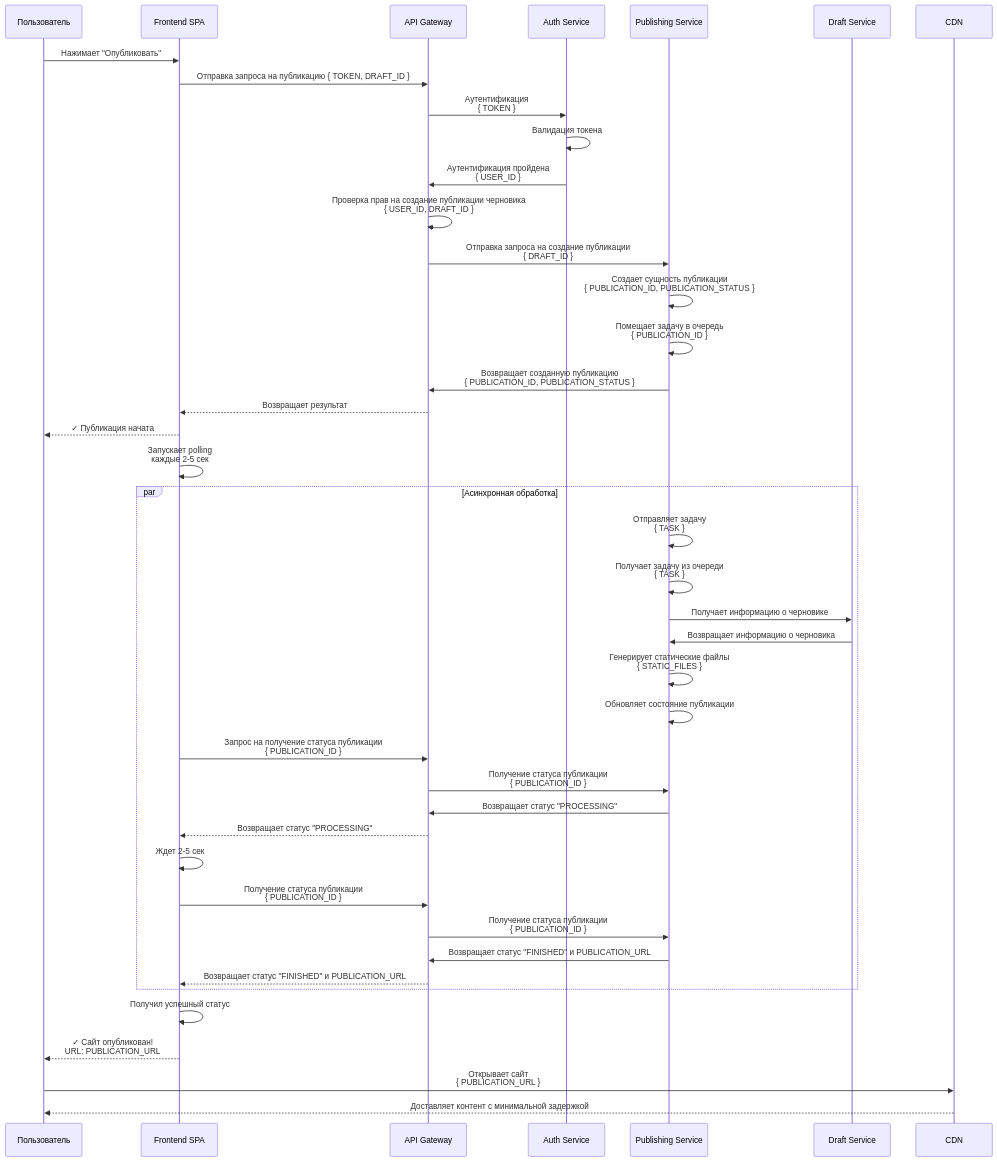
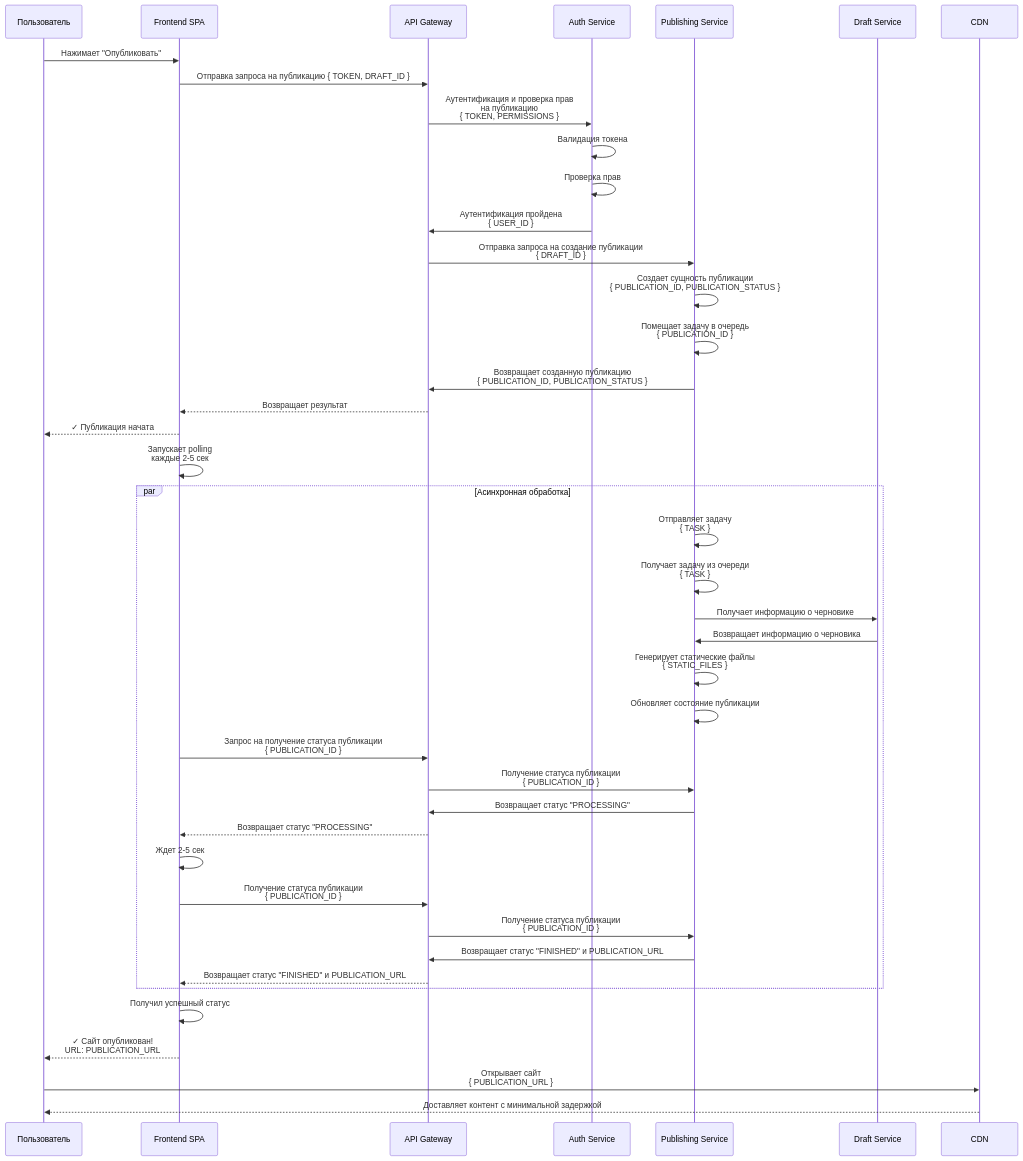
The third of 4 diagrams in ADRs/Уточнения и детализация архитектуры.md (rki-mai/docs), drawn with Mermaid before and after one commit. The commit also changed other lines of this file, not shown here.

Commit message:
fix: move permissions check in auth service

````diff
--- a/ADRs/Уточнения и детализация архитектуры.md
+++ b/ADRs/Уточнения и детализация архитектуры.md
@@ -209,53 +208,53 @@
 ```mermaid
 sequenceDiagram
     participant User as Пользователь
     participant Frontend as Frontend SPA
     participant Gateway as API Gateway
     participant AuthService as Auth Service
     participant PublishService as Publishing Service
     participant DraftService as Draft Service
     participant CDN as CDN
 
     User->>Frontend: Нажимает "Опубликовать"
     Frontend->>Gateway: Отправка запроса на публикацию { TOKEN, DRAFT_ID }
     
-    Gateway->>AuthService: Аутентификация<br/>{ TOKEN }
+    Gateway->>AuthService: Аутентификация и проверка прав<br/>на публикацию<br/>{ TOKEN, PERMISSIONS }
     AuthService->>AuthService: Валидация токена
+    AuthService->>AuthService: Проверка прав
     AuthService->>Gateway: Аутентификация пройдена<br/>{ USER_ID }
 
-	Gateway->>Gateway: Проверка прав на создание публикации черновика<br/>{ USER_ID, DRAFT_ID }
     Gateway->>PublishService: Отправка запроса на создание публикации<br/>{ DRAFT_ID }
     PublishService->>PublishService: Создает сущность публикации<br/>{ PUBLICATION_ID, PUBLICATION_STATUS }
     PublishService->>PublishService: Помещает задачу в очередь<br/>{ PUBLICATION_ID }
     
     PublishService->>Gateway: Возвращает созданную публикацию<br/>{ PUBLICATION_ID, PUBLICATION_STATUS }
     Gateway-->>Frontend: Возвращает результат
     Frontend-->>User: ✓ Публикация начата
     
     Frontend->>Frontend: Запускает polling<br/>каждые 2-5 сек
     
     par Асинхронная обработка
         PublishService->>PublishService: Отправляет задачу<br/>{ TASK }
         PublishService->>PublishService: Получает задачу из очереди<br/>{ TASK }
 		PublishService->>DraftService: Получает информацию о черновике
 		DraftService->>PublishService: Возвращает информацию о черновика
         PublishService->>PublishService: Генерирует статические файлы<br/>{ STATIC_FILES }
         PublishService->>PublishService: Обновляет состояние публикации
         
         Frontend->>Gateway: Запрос на получение статуса публикации<br/>{  PUBLICATION_ID }
         Gateway->>PublishService: Получение статуса публикации<br/>{ PUBLICATION_ID }
         PublishService->>Gateway: Возвращает статус "PROCESSING"
         Gateway-->>Frontend: Возвращает статус "PROCESSING"
         Frontend->>Frontend: Ждет 2-5 сек
         Frontend->>Gateway: Получение статуса публикации<br/>{ PUBLICATION_ID }
 		Gateway->>PublishService: Получение статуса публикации<br/>{ PUBLICATION_ID }
         PublishService->>Gateway: Возвращает статус "FINISHED" и PUBLICATION_URL
         Gateway-->>Frontend: Возвращает статус "FINISHED" и PUBLICATION_URL
     end
     
     Frontend->>Frontend: Получил успешный статус
     Frontend-->>User: ✓ Сайт опубликован!<br/>URL: PUBLICATION_URL
     
     User->>CDN: Открывает сайт<br/>{ PUBLICATION_URL }
     CDN-->>User: Доставляет контент с минимальной задержкой
 ```
````
